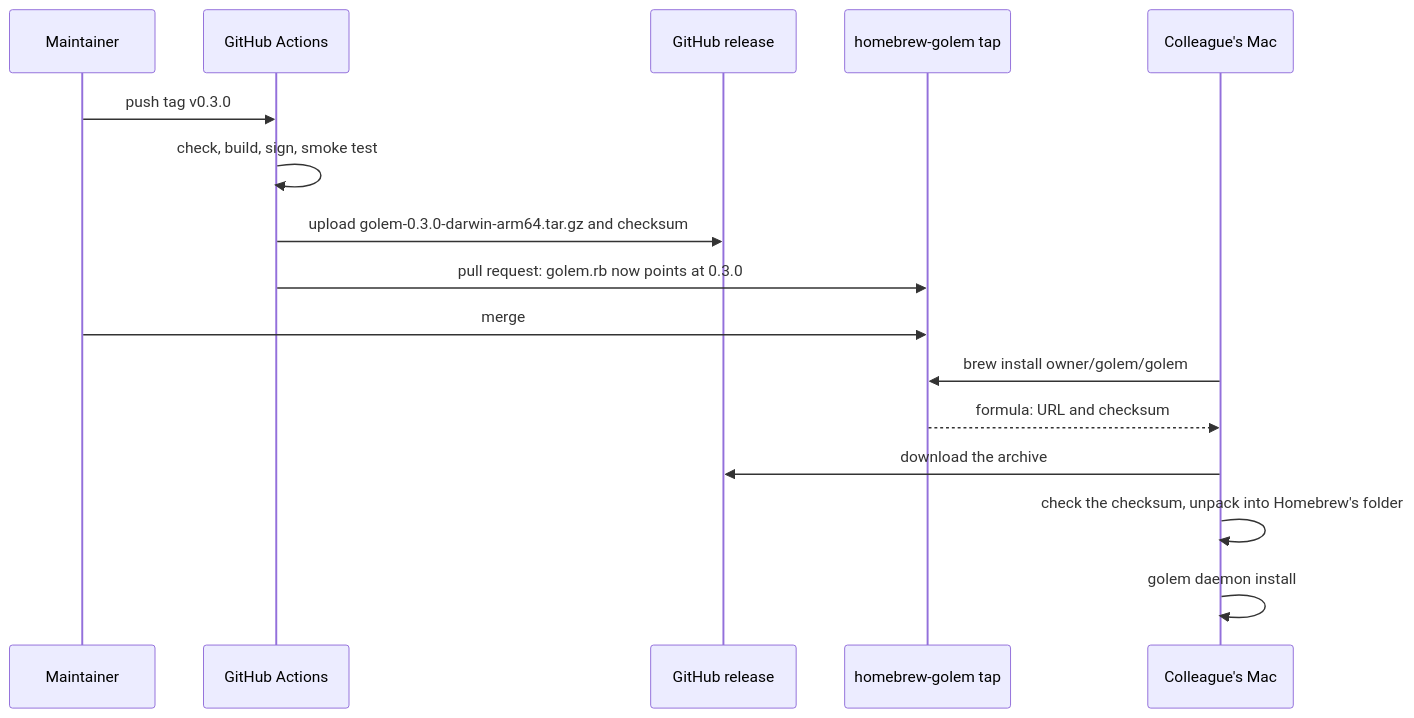
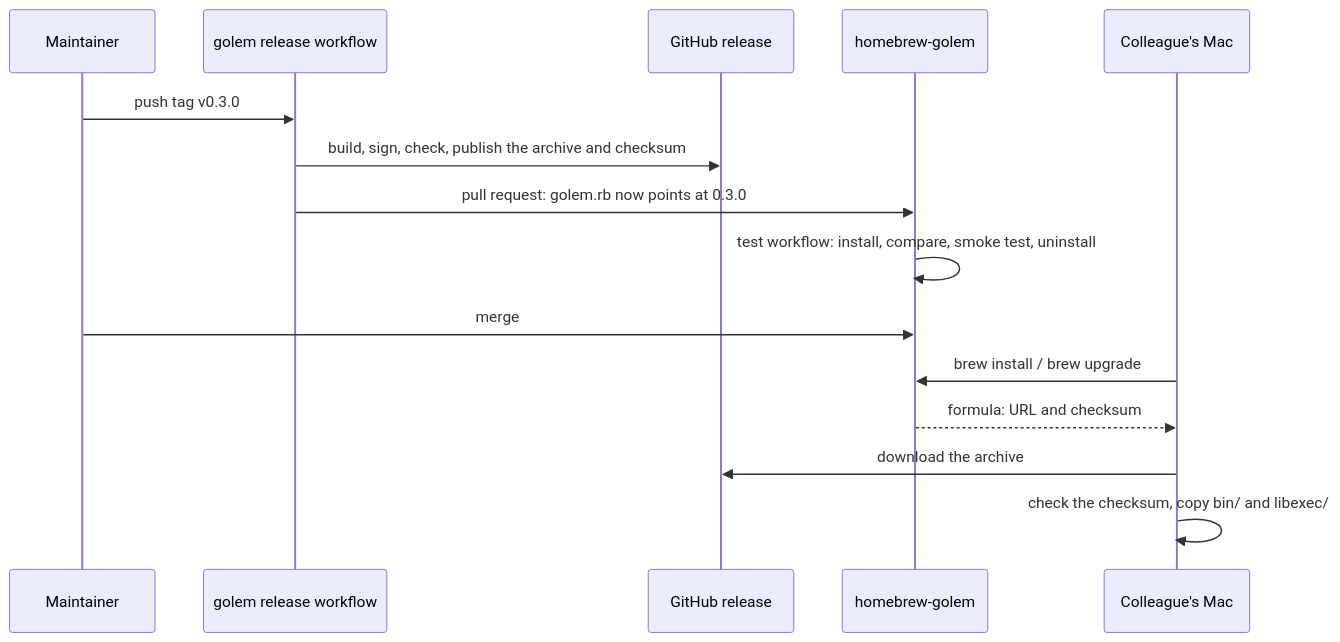
One commit to MilanPavel/golem changed diagram 11 of 13 in docs/sre.md. Above: the diagram before and after it, drawn with Mermaid. The commit also changed other lines of this file and 12 other files, not shown here.

Commit message:
Install - brew install from a tap

````diff
--- a/docs/sre.md
+++ b/docs/sre.md
@@ -516,18 +526,17 @@
 ```mermaid
 sequenceDiagram
   participant Dev as Maintainer
-  participant GH as GitHub Actions
+  participant GH as golem release workflow
   participant Rel as GitHub release
-  participant Tap as homebrew-golem tap
+  participant Tap as homebrew-golem
   participant User as Colleague's Mac
   Dev->>GH: push tag v0.3.0
-  GH->>GH: check, build, sign, smoke test
-  GH->>Rel: upload golem-0.3.0-darwin-arm64.tar.gz and checksum
+  GH->>Rel: build, sign, check, publish the archive and checksum
   GH->>Tap: pull request: golem.rb now points at 0.3.0
+  Tap->>Tap: test workflow: install, compare, smoke test, uninstall
   Dev->>Tap: merge
-  User->>Tap: brew install owner/golem/golem
+  User->>Tap: brew install / brew upgrade
   Tap-->>User: formula: URL and checksum
   User->>Rel: download the archive
-  User->>User: check the checksum, unpack into Homebrew's folder
-  User->>User: golem daemon install
+  User->>User: check the checksum, copy bin/ and libexec/
 ```
````
